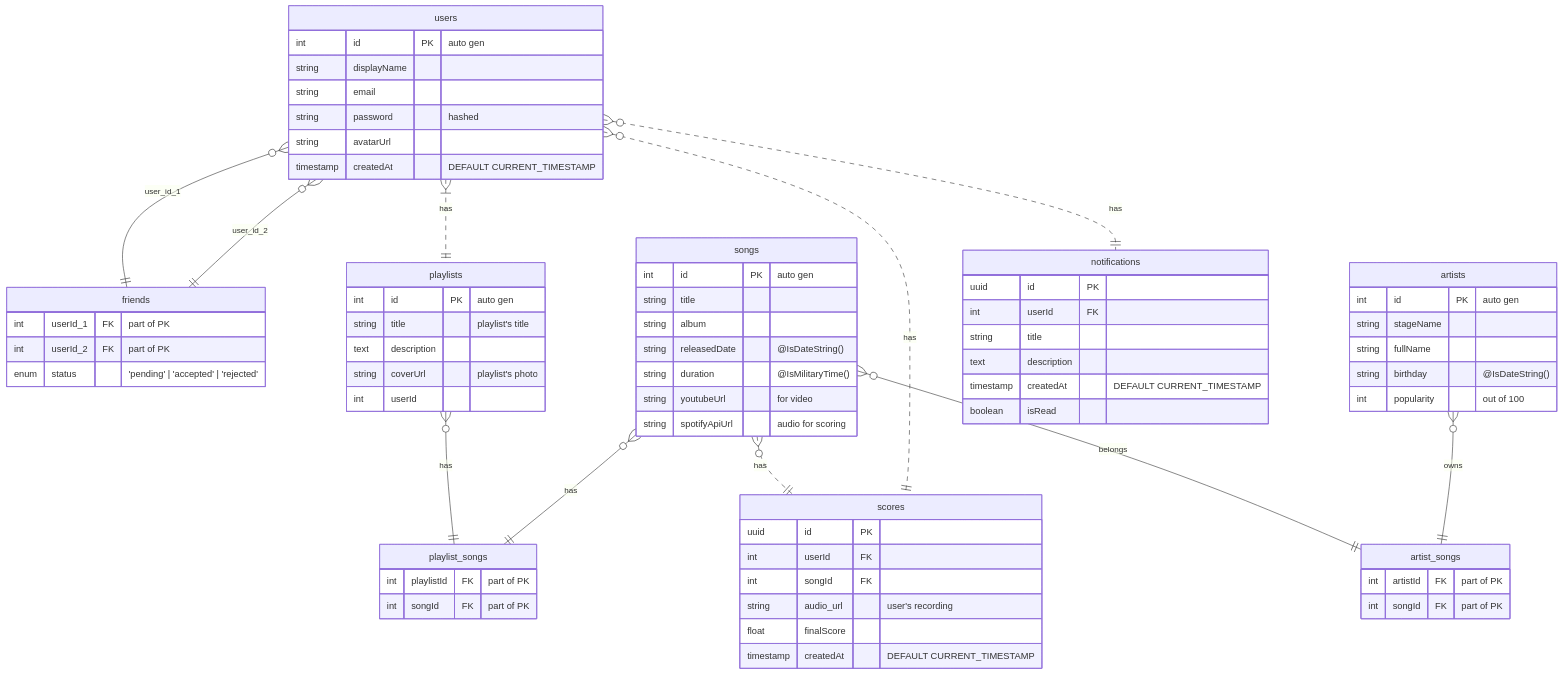
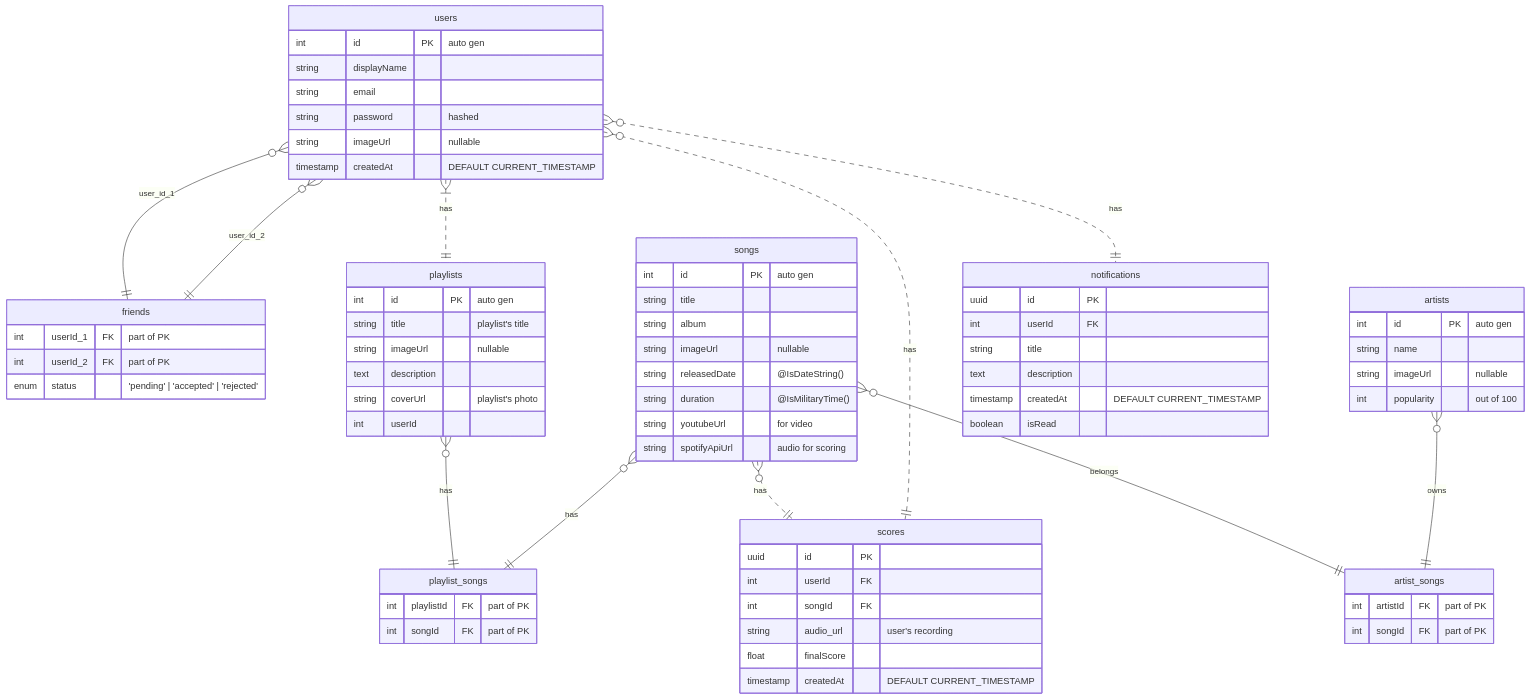
One commit to manoke-uit/.github changed the first of 2 diagrams in README.md. Above: the diagram before and after it, drawn with Mermaid.

Commit message:
fix: make minor changes for accuracy

````diff
--- a/README.md
+++ b/README.md
@@ -2,75 +2,76 @@
 ``` mermaid
 erDiagram
     users {
         int id PK "auto gen"
         string displayName
         string email
         string password "hashed"
-        string avatarUrl
+        string imageUrl "nullable"
         timestamp createdAt "DEFAULT CURRENT_TIMESTAMP"
     }
     friends {
         int userId_1 FK "part of PK"
         int userId_2 FK "part of PK"
         enum status "'pending' | 'accepted' | 'rejected'"
     }
     songs {
         int id PK "auto gen"
         string title
         string album
+        string imageUrl "nullable"
         string releasedDate "@IsDateString()"
         string duration "@IsMilitaryTime()" 
         string youtubeUrl "for video"
         string spotifyApiUrl "audio for scoring"
     }
     playlists {
         int id PK "auto gen"
         string title "playlist's title"
+        string imageUrl "nullable"
         text description
         string coverUrl "playlist's photo"
         int userId
     }
     playlist_songs {
         int playlistId FK "part of PK"
         int songId FK "part of PK"
     }
     artists {
         int id PK "auto gen"
-        string stageName
-        string fullName
-        string birthday "@IsDateString()"
+        string name
+        string imageUrl "nullable"
         int popularity "out of 100"
     }
     artist_songs {
         int artistId FK "part of PK"
         int songId FK "part of PK"
     }
     scores {
         uuid id PK
         int userId FK
         int songId FK
         string audio_url "user's recording"
         float finalScore
         timestamp createdAt "DEFAULT CURRENT_TIMESTAMP"
     }
     notifications {
         uuid id PK
         int userId FK
         string title
         text description
         timestamp createdAt "DEFAULT CURRENT_TIMESTAMP"
         boolean isRead
     }
     
     songs }o--|| artist_songs: belongs
     users }o..|| notifications: has
     users }o--|| friends: user_id_1
     users }o--|| friends: user_id_2
     users }|..|| playlists: has
     songs }o..|| scores: has
     users }o..|| scores: has
     playlists }o--|| playlist_songs: has
     songs }o--|| playlist_songs: has
     artists }o--|| artist_songs: owns
     
 ```
````
